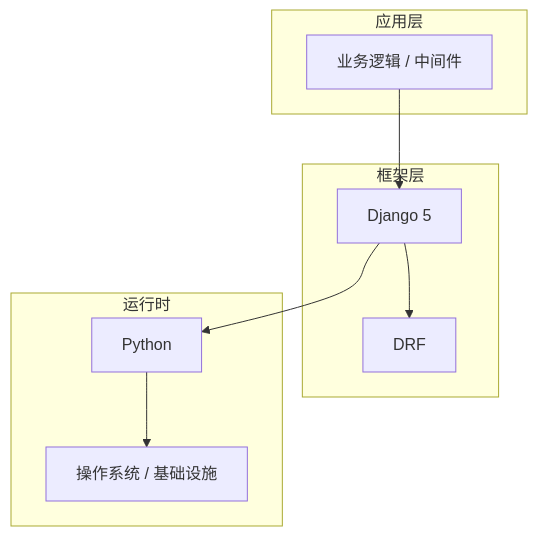
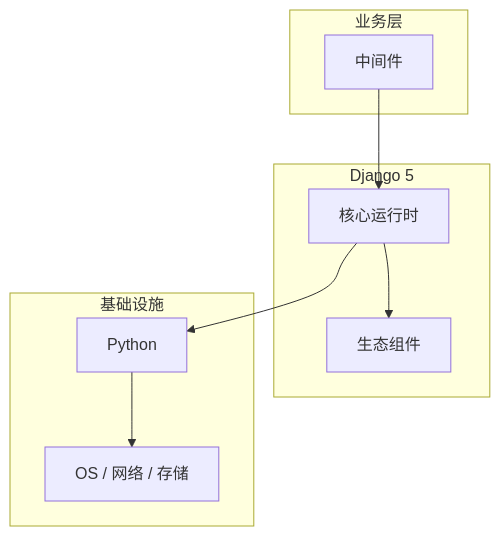
One commit to yanggan2015/knowledge-json-v2 changed the diagram in articles/Django/chapters/051-中间件核心概念与原理.md. Above: the diagram before and after it, drawn with Mermaid. The commit also changed other lines of this file and 10127 other files, not shown here.

````diff
--- a/articles/Django/chapters/051-中间件核心概念与原理.md
+++ b/articles/Django/chapters/051-中间件核心概念与原理.md
@@ -45,18 +34,18 @@
 ```mermaid
 graph TB
-    subgraph 应用层
-        A[业务逻辑 / 中间件]
+    subgraph 业务层
+        A[中间件]
     end
-    subgraph 框架层
-        B[Django 5]
-        C[DRF]
+    subgraph Django 5
+        B[核心运行时]
+        C[生态组件]
     end
-    subgraph 运行时
+    subgraph 基础设施
         D[Python]
-        E[操作系统 / 基础设施]
+        E[OS / 网络 / 存储]
     end
     A --> B
     B --> C
     B --> D
     D --> E
 ```
````
